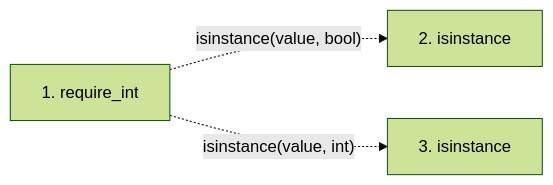
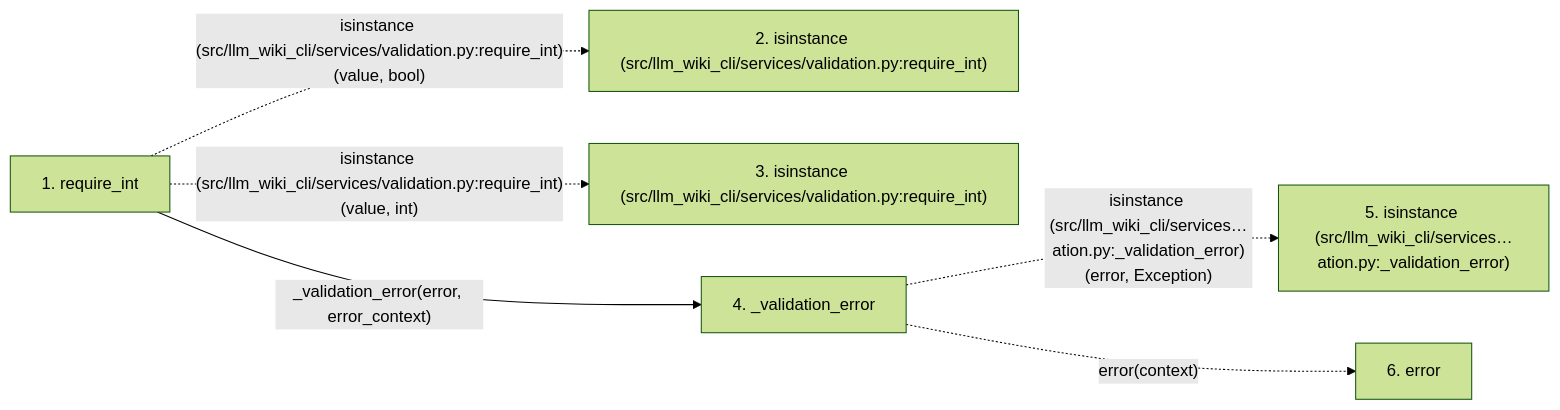
The second of 2 diagrams in docs/llm_wiki/flows/api-require_int.md (Denissvgn/python-wiki-llm), drawn with Mermaid (forest theme) before and after one commit. The commit also changed other lines of this file and 627 other files, not shown here.

````diff
--- a/docs/llm_wiki/flows/api-require_int.md
+++ b/docs/llm_wiki/flows/api-require_int.md
@@ -37,9 +43,16 @@
 ```mermaid
 flowchart LR
     s1["1. require_int"]
-    s2["2. isinstance"]
-    s3["3. isinstance"]
-    s1 -. "isinstance(value, bool)" .-> s2
-    s1 -. "isinstance(value, int)" .-> s3
+    s2["2. isinstance (src/llm_wiki_cli/services/validation.py:require_int)"]
+    s3["3. isinstance (src/llm_wiki_cli/services/validation.py:require_int)"]
+    s4["4. _validation_error"]
+    s5["5. isinstance (src/llm_wiki_cli/services…ation.py:_validation_error)"]
+    s6["6. error"]
+    s1 -. "isinstance (src/llm_wiki_cli/services/validation.py:require_int)(value, bool)" .-> s2
+    s1 -. "isinstance (src/llm_wiki_cli/services/validation.py:require_int)(value, int)" .-> s3
+    s1 -->|"_validation_error(error, error_context)"| s4
+    s4 -. "isinstance (src/llm_wiki_cli/services…ation.py:_validation_error)(error, Exception)" .-> s5
+    s4 -. "error(context)" .-> s6
     click s1 "../modules/validation.md"
+    click s4 "../modules/validation.md"
 ```
````
